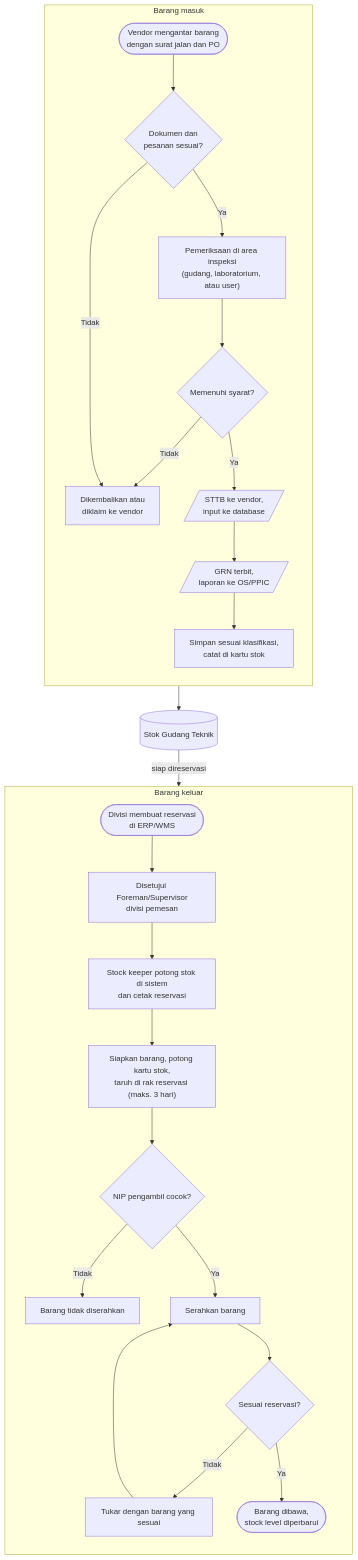
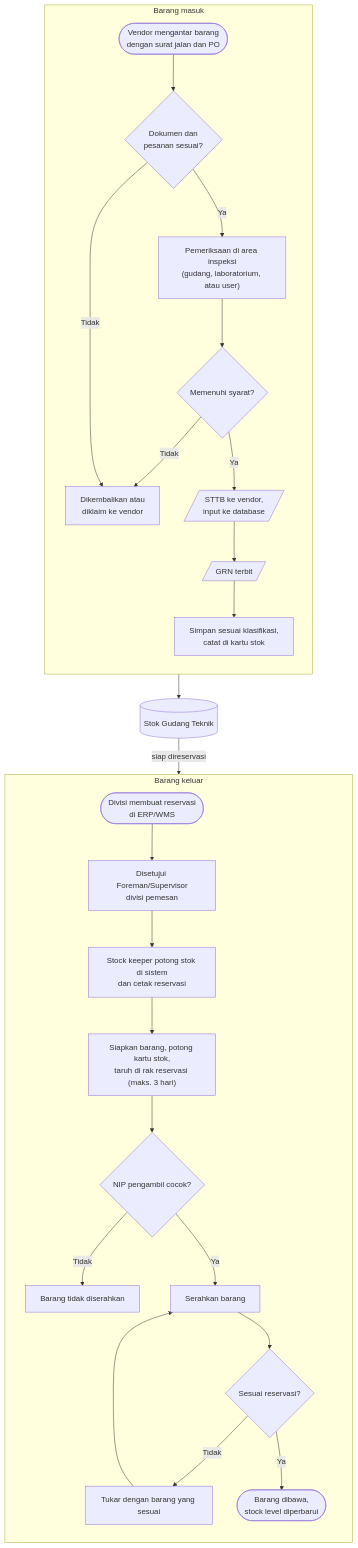
The diagram in docs/alur-kerja/index.md (Hwarinn66/WareHouse), drawn with Mermaid before and after one commit. The commit also changed other lines of this file and 12 other files, not shown here.

````diff
--- a/docs/alur-kerja/index.md
+++ b/docs/alur-kerja/index.md
@@ -18,31 +18,31 @@
 ```mermaid
 flowchart TD
   accTitle: Flowchart alur warehouse Gudang Teknik
   accDescr: Barang masuk datang dengan surat jalan dan PO, dicek dokumen dan pesanannya, diperiksa di area inspeksi oleh gudang, laboratorium, atau user, lalu dibuatkan STTB, diinput ke database, diterbitkan GRN, dan disimpan sesuai klasifikasi serta dicatat di kartu stok. Barang keluar dimulai dari reservasi divisi di ERP/WMS yang disetujui Foreman atau Supervisor divisi itu, lalu stock keeper memotong stok, mencetak reservasi, menyiapkan barang di rak reservasi, mencocokkan NIP pengambil, dan menyerahkan barang.
   subgraph MASUK["Barang masuk"]
     direction TB
     M1(["Vendor mengantar barang<br/>dengan surat jalan dan PO"]):::vendor --> M2{"Dokumen dan<br/>pesanan sesuai?"}:::cek
     M2 -- Tidak --> MR["Dikembalikan atau<br/>diklaim ke vendor"]:::tolak
     M2 -- Ya --> M3["Pemeriksaan di area inspeksi<br/>(gudang, laboratorium, atau user)"]:::staff
     M3 --> M4{"Memenuhi syarat?"}:::cek
     M4 -- Tidak --> MR
     M4 -- Ya --> M5[/"STTB ke vendor,<br/>input ke database"/]:::dokumen
-    M5 --> M6[/"GRN terbit,<br/>laporan ke OS/PPIC"/]:::dokumen
+    M5 --> M6[/"GRN terbit"/]:::dokumen
     M6 --> M7["Simpan sesuai klasifikasi,<br/>catat di kartu stok"]:::staff
   end
   M7 --> S[("Stok Gudang Teknik")]:::sistem
   subgraph KELUAR["Barang keluar"]
     direction TB
     K1(["Divisi membuat reservasi<br/>di ERP/WMS"]):::divisi --> K2["Disetujui Foreman/Supervisor<br/>divisi pemesan"]:::divisi
     K2 --> K3["Stock keeper potong stok di sistem<br/>dan cetak reservasi"]:::staff
     K3 --> K4["Siapkan barang, potong kartu stok,<br/>taruh di rak reservasi (maks. 3 hari)"]:::staff
     K4 --> K5{"NIP pengambil cocok?"}:::cek
     K5 -- Tidak --> K5T["Barang tidak diserahkan"]:::tolak
     K5 -- Ya --> K6["Serahkan barang"]:::staff
     K6 --> K7{"Sesuai reservasi?"}:::cek
     K7 -- Tidak --> K8["Tukar dengan barang yang sesuai"]:::tolak
     K8 --> K6
     K7 -- Ya --> K9(["Barang dibawa,<br/>stock level diperbarui"]):::selesai
   end
   S -- "siap direservasi" --> K1
 ```
````
